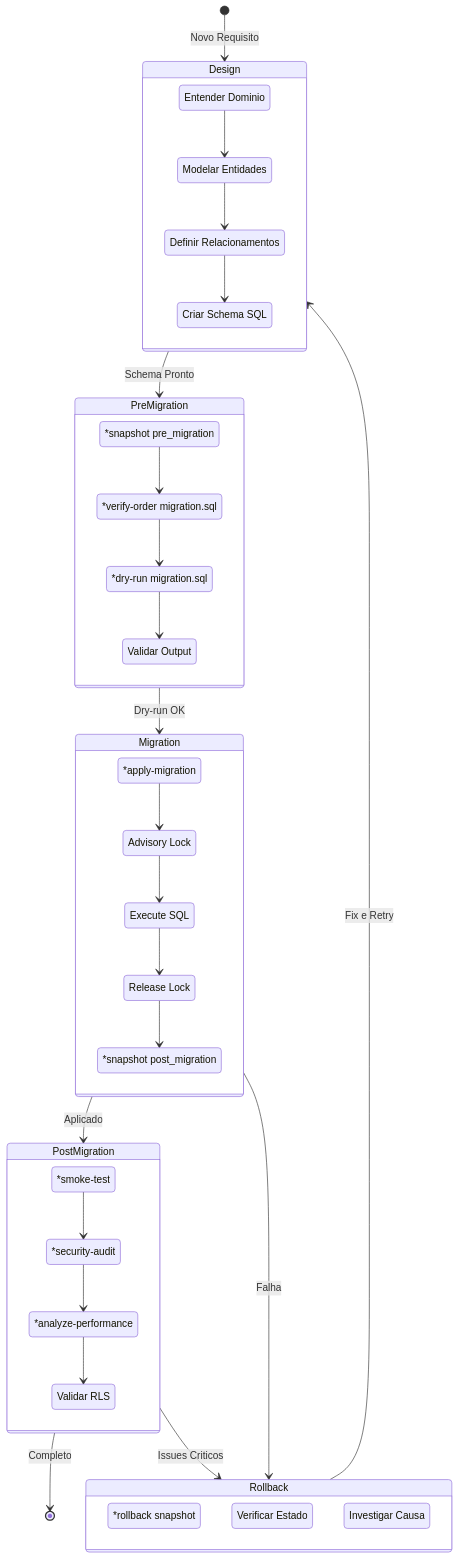
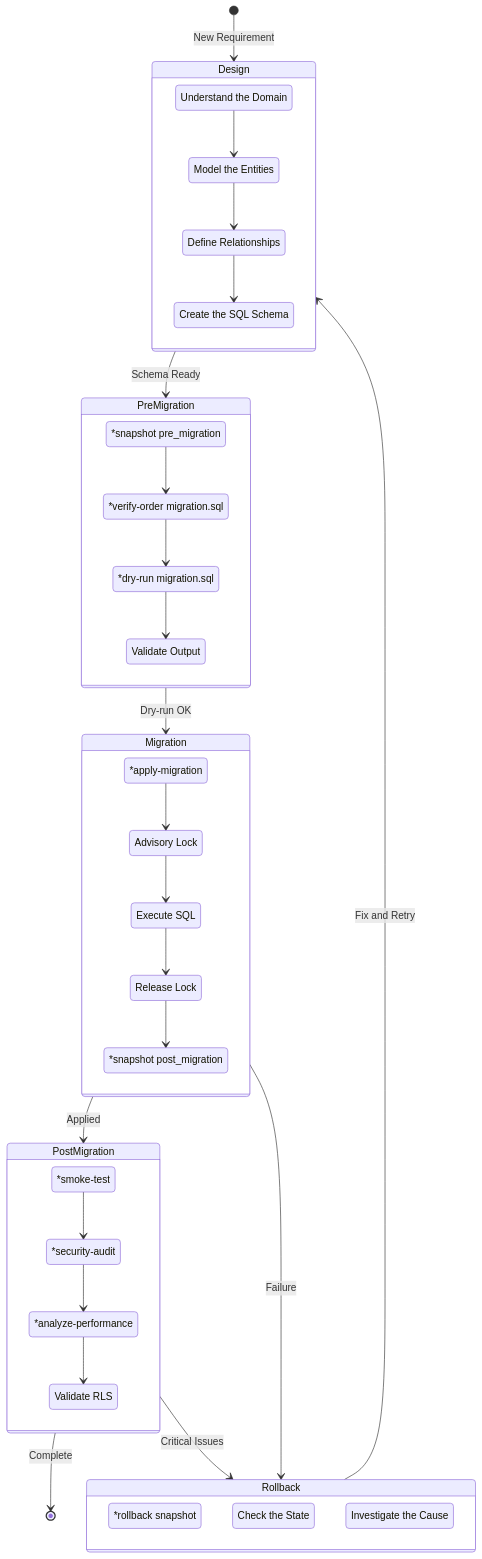
One commit to CyryxLabs/AEXOS changed the second of 5 diagrams in docs/aexos-agent-flows/data-engineer-system.md. Above: the diagram before and after it, drawn with Mermaid. The commit also changed other lines of this file and 528 other files, not shown here.

````diff
--- a/docs/aexos-agent-flows/data-engineer-system.md
+++ b/docs/aexos-agent-flows/data-engineer-system.md
@@ -206,69 +206,69 @@
 ```mermaid
 stateDiagram-v2
-    [*] --> Design: Novo Requisito
+    [*] --> Design: New Requirement
 
     state Design {
-        D1: Entender Dominio
-        D2: Modelar Entidades
-        D3: Definir Relacionamentos
-        D4: Criar Schema SQL
+        D1: Understand the Domain
+        D2: Model the Entities
+        D3: Define Relationships
+        D4: Create the SQL Schema
 
         D1 --> D2
         D2 --> D3
         D3 --> D4
     }
 
-    Design --> PreMigration: Schema Pronto
+    Design --> PreMigration: Schema Ready
 
     state PreMigration {
         P1: *snapshot pre_migration
         P2: *verify-order migration.sql
         P3: *dry-run migration.sql
-        P4: Validar Output
+        P4: Validate Output
 
         P1 --> P2
         P2 --> P3
         P3 --> P4
     }
 
     PreMigration --> Migration: Dry-run OK
 
     state Migration {
         M1: *apply-migration
         M2: Advisory Lock
         M3: Execute SQL
         M4: Release Lock
         M5: *snapshot post_migration
 
         M1 --> M2
         M2 --> M3
         M3 --> M4
         M4 --> M5
     }
 
-    Migration --> PostMigration: Aplicado
+    Migration --> PostMigration: Applied
 
     state PostMigration {
         PM1: *smoke-test
         PM2: *security-audit
         PM3: *analyze-performance
-        PM4: Validar RLS
+        PM4: Validate RLS
 
         PM1 --> PM2
         PM2 --> PM3
         PM3 --> PM4
     }
 
-    PostMigration --> [*]: Completo
+    PostMigration --> [*]: Complete
 
-    Migration --> Rollback: Falha
-    PostMigration --> Rollback: Issues Criticos
+    Migration --> Rollback: Failure
+    PostMigration --> Rollback: Critical Issues
 
     state Rollback {
         R1: *rollback snapshot
-        R2: Verificar Estado
-        R3: Investigar Causa
+        R2: Check the State
+        R3: Investigate the Cause
     }
 
-    Rollback --> Design: Fix e Retry
+    Rollback --> Design: Fix and Retry
 ```
````
